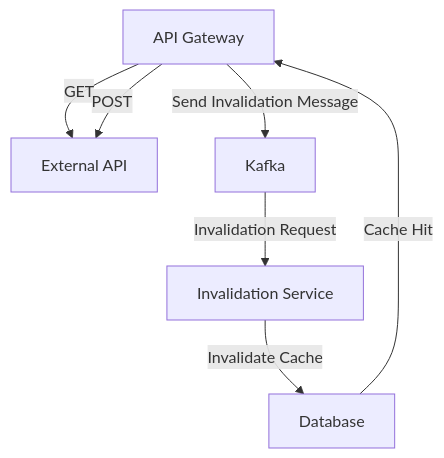
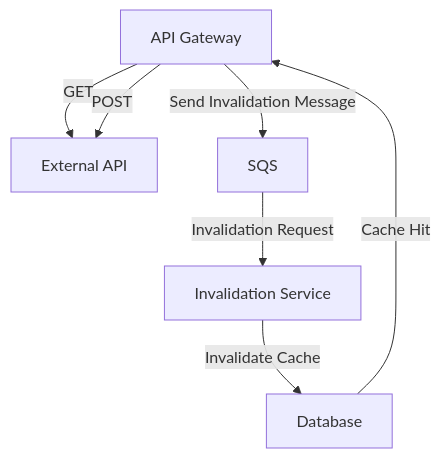
One commit to tbouasli/vivo changed the diagram in .github/README.md. Above: the diagram before and after it, drawn with Mermaid. The commit also changed other lines of this file and 1 other file, not shown here.

````diff
--- a/.github/README.md
+++ b/.github/README.md
@@ -29,14 +29,14 @@
 ```mermaid
 flowchart TD
     API[API Gateway]
     DB[Database]
     EX[External API]
-    K[Kafka]
+    K[SQS]
     IN[Invalidation Service]
     API-->|GET|EX
     API-->|POST|EX
     API-->|Send Invalidation Message|K
     K-->|Invalidation Request|IN
     IN-->|Invalidate Cache|DB
     DB-->|Cache Hit|API
 ```
````
